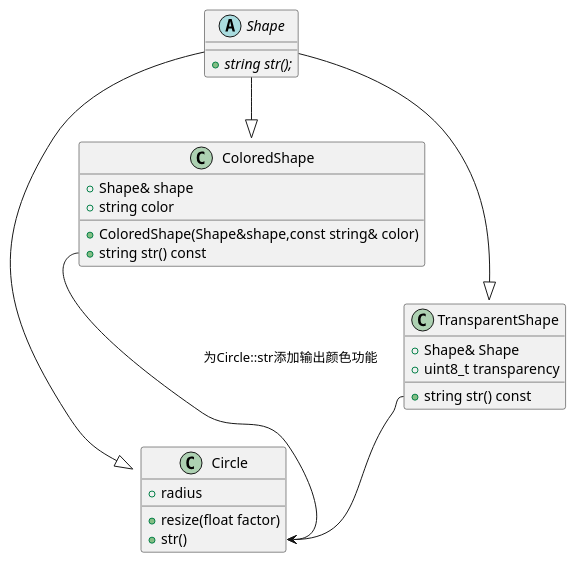
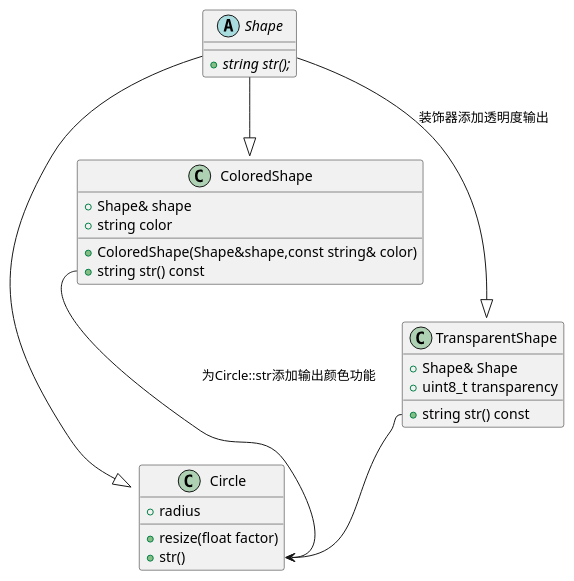
Before and after one commit to bleedingfight/design-pattern: the diagram in decorator/decorator.iuml, drawn with PlantUML. The commit also changed 10 other files, not shown here.

```diff
--- a/decorator/decorator.iuml
+++ b/decorator/decorator.iuml
@@ -1,27 +1,27 @@
 @startuml
 abstract class Shape{
     + {abstract} string str();
 }
 class Circle{
     + radius
     + resize(float factor)
     + str()
 }
 class ColoredShape{
     + Shape& shape
     + string color
     + ColoredShape(Shape&shape,const string& color)
     + string str() const
 
 }
 class TransparentShape{
     + Shape& Shape
     + uint8_t transparency
     + string str() const
 }
 Shape--|>Circle
 Shape--|>ColoredShape
-Shape--|>TransparentShape
+Shape--|>TransparentShape: 装饰器添加透明度输出
 ColoredShape::str--> Circle::str:为Circle::str添加输出颜色功能
 TransparentShape::str->Circle::str:为Circle::str添加输出透明度功能
 @enduml
```
